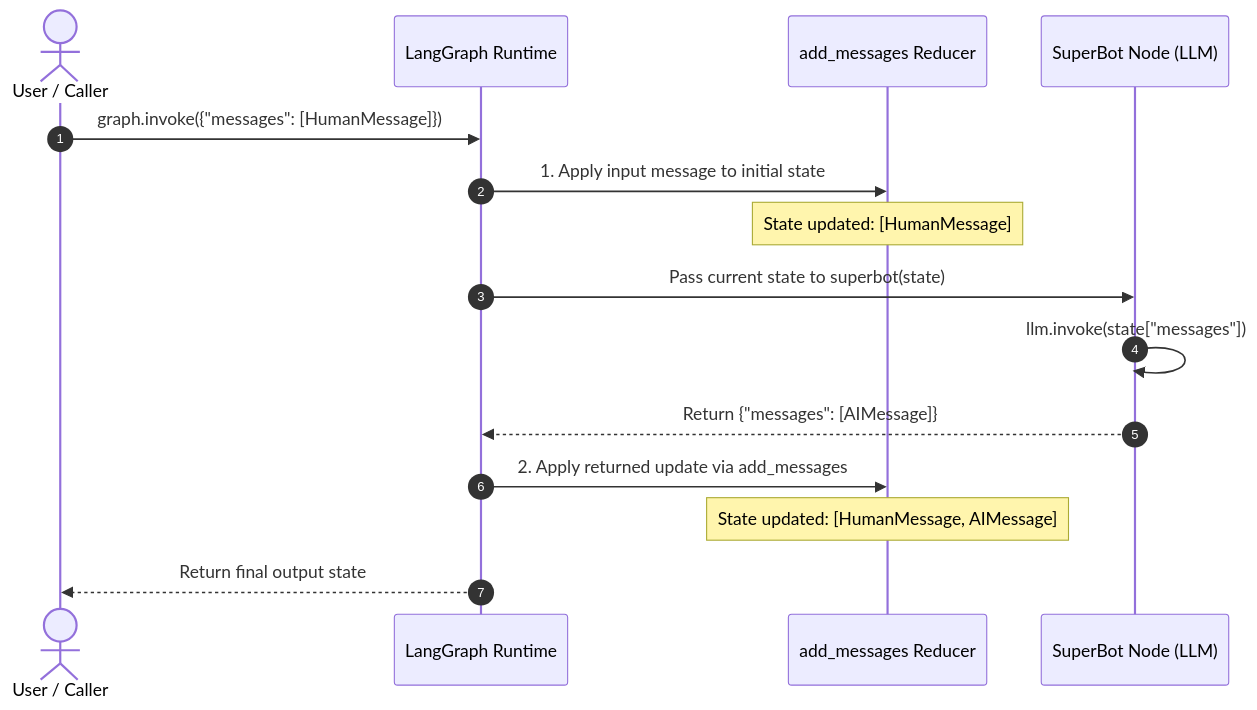
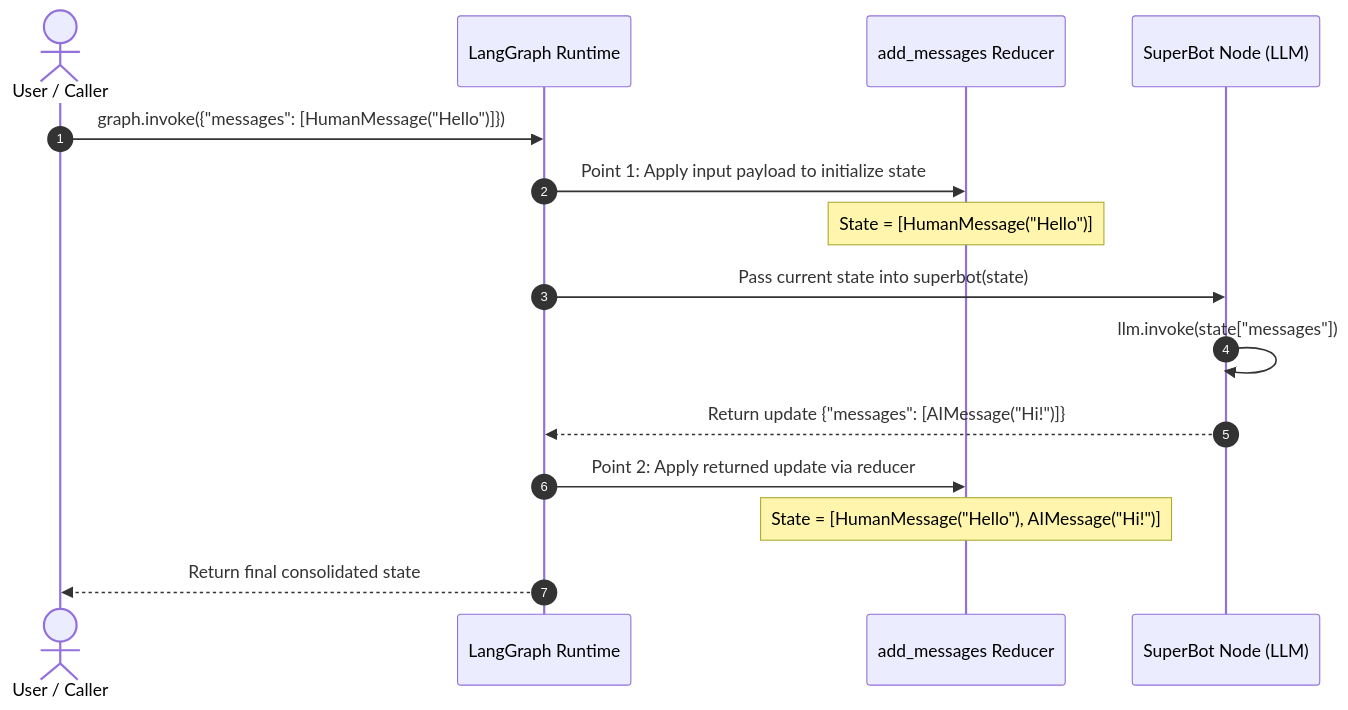
One commit to Shivanshvyas1729/Krish_naik_rag_notes2 changed the fourth of 8 diagrams in notes.md. Above: the diagram before and after it, drawn with Mermaid. The commit also changed other lines of this file and 4 other files, not shown here.

````diff
--- a/notes.md
+++ b/notes.md
@@ -199,18 +217,18 @@
 ```mermaid
 sequenceDiagram
     autonumber
-    actor Caller as User / Caller
+    actor User as User / Caller
     participant LG as LangGraph Runtime
     participant Reducer as add_messages Reducer
     participant Node as SuperBot Node (LLM)
 
-    Caller->>LG: graph.invoke({"messages": [HumanMessage]})
-    LG->>Reducer: 1. Apply input message to initial state
-    Note over Reducer: State updated: [HumanMessage]
-    LG->>Node: Pass current state to superbot(state)
+    User->>LG: graph.invoke({"messages": [HumanMessage("Hello")]})
+    LG->>Reducer: Point 1: Apply input payload to initialize state
+    Note over Reducer: State = [HumanMessage("Hello")]
+    LG->>Node: Pass current state into superbot(state)
     Node->>Node: llm.invoke(state["messages"])
-    Node-->>LG: Return {"messages": [AIMessage]}
-    LG->>Reducer: 2. Apply returned update via add_messages
-    Note over Reducer: State updated: [HumanMessage, AIMessage]
-    LG-->>Caller: Return final output state
+    Node-->>LG: Return update {"messages": [AIMessage("Hi!")]}
+    LG->>Reducer: Point 2: Apply returned update via reducer
+    Note over Reducer: State = [HumanMessage("Hello"), AIMessage("Hi!")]
+    LG-->>User: Return final consolidated state
 ```
````
